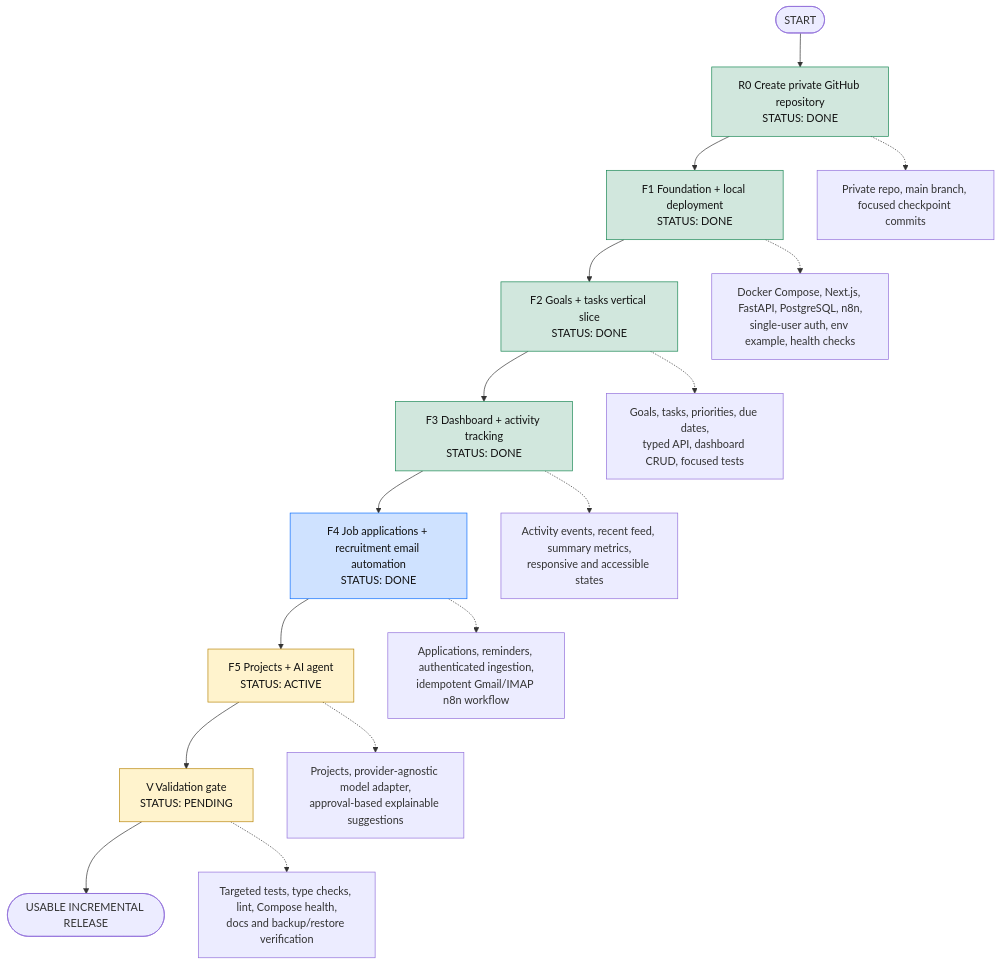
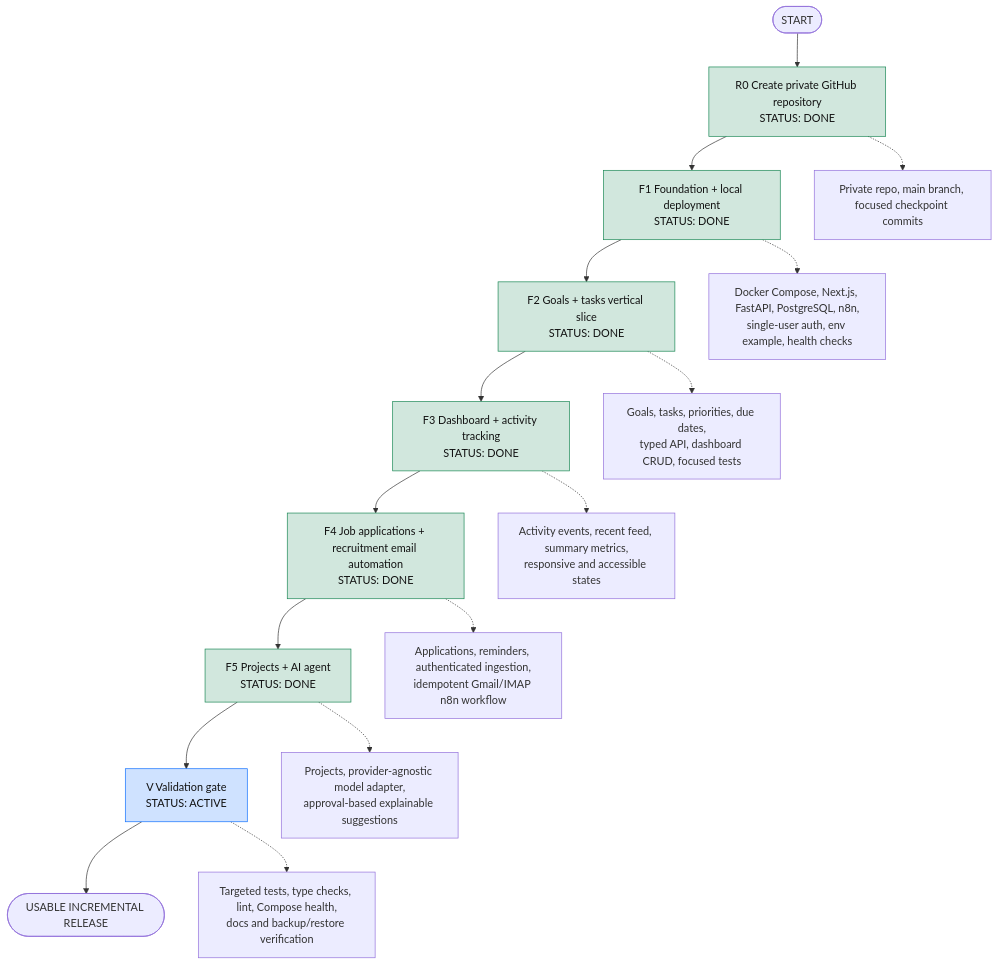
Before and after one commit to sonalisrisivani/personal-os: the diagram in docs/personal-os-map.mmd, drawn with Mermaid. The commit also changed 18 other files, not shown here.

Commit message:
feat: add projects and AI agent integration

```diff
--- a/docs/personal-os-map.mmd
+++ b/docs/personal-os-map.mmd
@@ -1,34 +1,30 @@
 %% Personal OS execution map
 %% Source of truth for execution order and completion status.
 %% Status legend: PENDING, ACTIVE, DONE, BLOCKED.
 %% Before each implementation turn: read this map first.
 %% After each completed block: change its STATUS and update the matching SQL todo.
 
 flowchart TD
     START([START]) --> R["R0 Create private GitHub repository<br/>STATUS: DONE"]
     R --> F["F1 Foundation + local deployment<br/>STATUS: DONE"]
     F --> G["F2 Goals + tasks vertical slice<br/>STATUS: DONE"]
     G --> A["F3 Dashboard + activity tracking<br/>STATUS: DONE"]
     A --> E["F4 Job applications + recruitment email automation<br/>STATUS: DONE"]
-    E --> I["F5 Projects + AI agent<br/>STATUS: ACTIVE"]
-    I --> V["V Validation gate<br/>STATUS: PENDING"]
+    E --> I["F5 Projects + AI agent<br/>STATUS: DONE"]
+    I --> V["V Validation gate<br/>STATUS: ACTIVE"]
     V --> DONE([USABLE INCREMENTAL RELEASE])
 
     F -.-> Fscope["Docker Compose, Next.js, FastAPI, PostgreSQL, n8n,<br/>single-user auth, env example, health checks"]
     R -.-> Rscope["Private repo, main branch, focused checkpoint commits"]
     G -.-> Gscope["Goals, tasks, priorities, due dates,<br/>typed API, dashboard CRUD, focused tests"]
     A -.-> Ascope["Activity events, recent feed, summary metrics,<br/>responsive and accessible states"]
     E -.-> Escope["Applications, reminders, authenticated ingestion,<br/>idempotent Gmail/IMAP n8n workflow"]
     I -.-> Iscope["Projects, provider-agnostic model adapter,<br/>approval-based explainable suggestions"]
     V -.-> Vscope["Targeted tests, type checks, lint, Compose health,<br/>docs and backup/restore verification"]
 
     classDef pending fill:#fff3cd,stroke:#b8860b,color:#111;
     classDef active fill:#cfe2ff,stroke:#0d6efd,color:#111;
     classDef done fill:#d1e7dd,stroke:#198754,color:#111;
     classDef blocked fill:#f8d7da,stroke:#dc3545,color:#111;
-    class I,V pending;
-    class E active;
-    class A done;
-    class G done;
-    class F done;
-    class R done;
+    class V active;
+    class I,E,A,G,F,R done;
```
